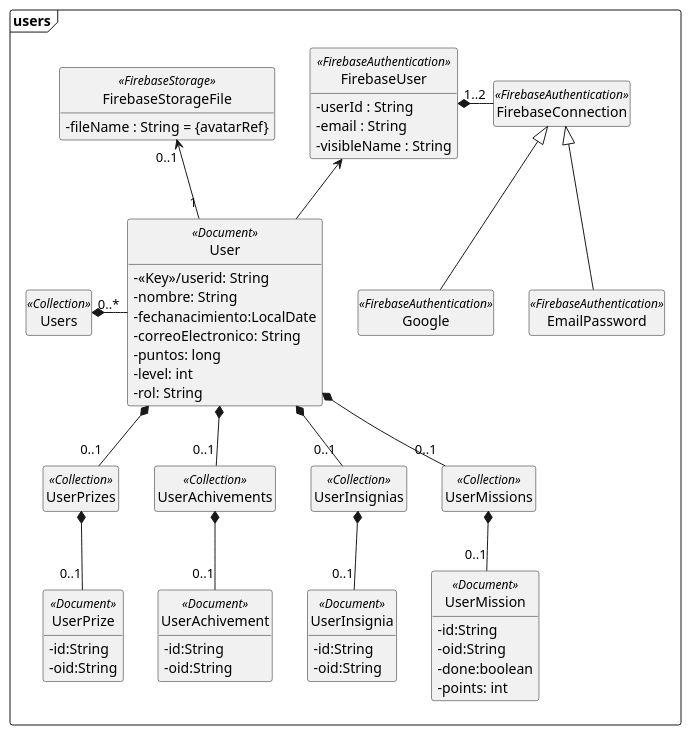
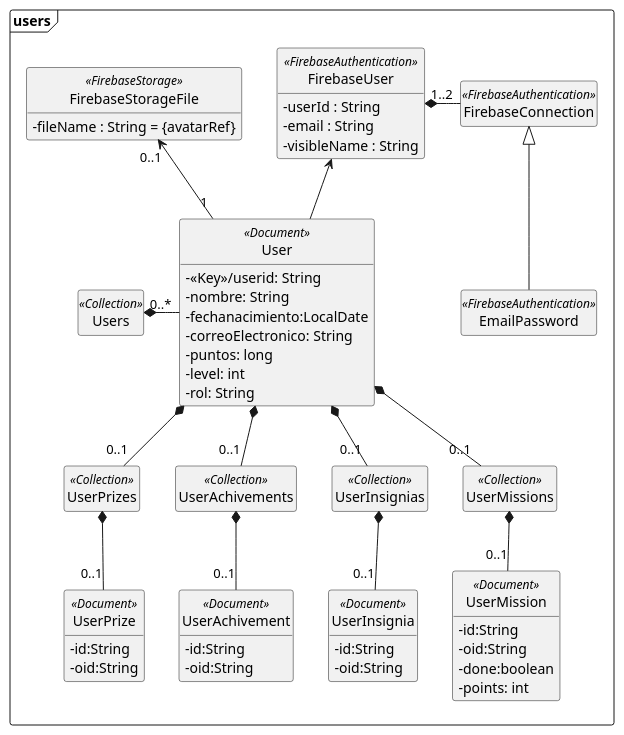
One commit to Cramer-0xbit/route66-plantuml changed the diagram in users.wsd. Above: the diagram before and after it, drawn with PlantUML. The commit also changed 6 other files, not shown here.

```diff
--- a/users.wsd
+++ b/users.wsd
@@ -1,75 +1,73 @@
 @startuml users
 package users <<Frame>> {
  class FirebaseStorageFile <<FirebaseStorage>>{
 - fileName : String = {avatarRef}
 }
     class FirebaseUser <<FirebaseAuthentication>>{
         - userId : String
         - email : String
         - visibleName : String 
     }
     class FirebaseConnection <<FirebaseAuthentication>>
-    class Google <<FirebaseAuthentication>>
     class EmailPassword <<FirebaseAuthentication>>
 
  class Users <<Collection>>
  
  class User <<Document>>{
     - <<Key>>/userid: String
     - nombre: String
     - fechanacimiento:LocalDate
     - correoElectronico: String  
     - puntos: long
     - level: int
     - rol: String 
  }
  
 
 together {
  class UserMissions <<Collection>>
  class UserInsignias <<Collection>>
  class UserAchivements <<Collection>>
  class UserPrizes <<Collection>>
  class UserInsignia <<Document>>{
       -id:String
      -oid:String
  }
  class UserAchivement<<Document>>{
       -id:String
      -oid:String
  }
  class UserPrize<<Document>>{
      -id:String
      -oid:String
 }
  class UserMission <<Document>>{
      -id:String
      -oid:String
      -done:boolean
      -points: int
 }
 }
 
 
  User*--"0..1"UserMissions
  User*--"0..1"UserAchivements
  User*--"0..1"UserInsignias 
  User*--"0..1"UserPrizes
 UserMissions*--"0..1"UserMission
 UserAchivements*--"0..1"UserAchivement
 UserInsignias*--"0..1"UserInsignia
 UserPrizes*--"0..1"UserPrize
 FirebaseUser*-"1..2"FirebaseConnection
 FirebaseUser <-- User
 FirebaseStorageFile"0..1"<--"1"User
 Users*-"0..*" User
 
 FirebaseConnection<|--EmailPassword
-FirebaseConnection<|--Google
 }
 /'Configuraciones'/
 
 hide empty members   
 hide circle
 skinparam classAttributeIconSize 0
 @enduml
```
